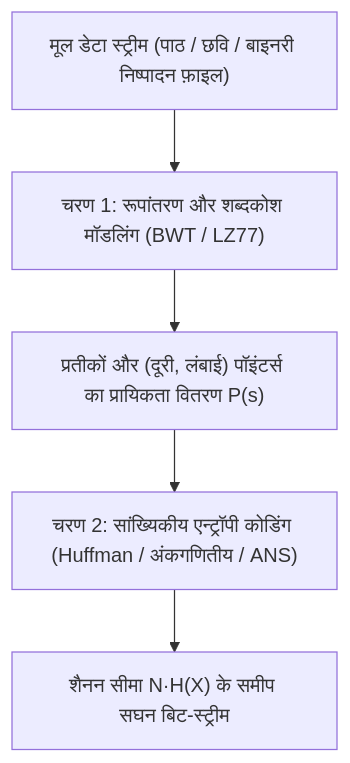
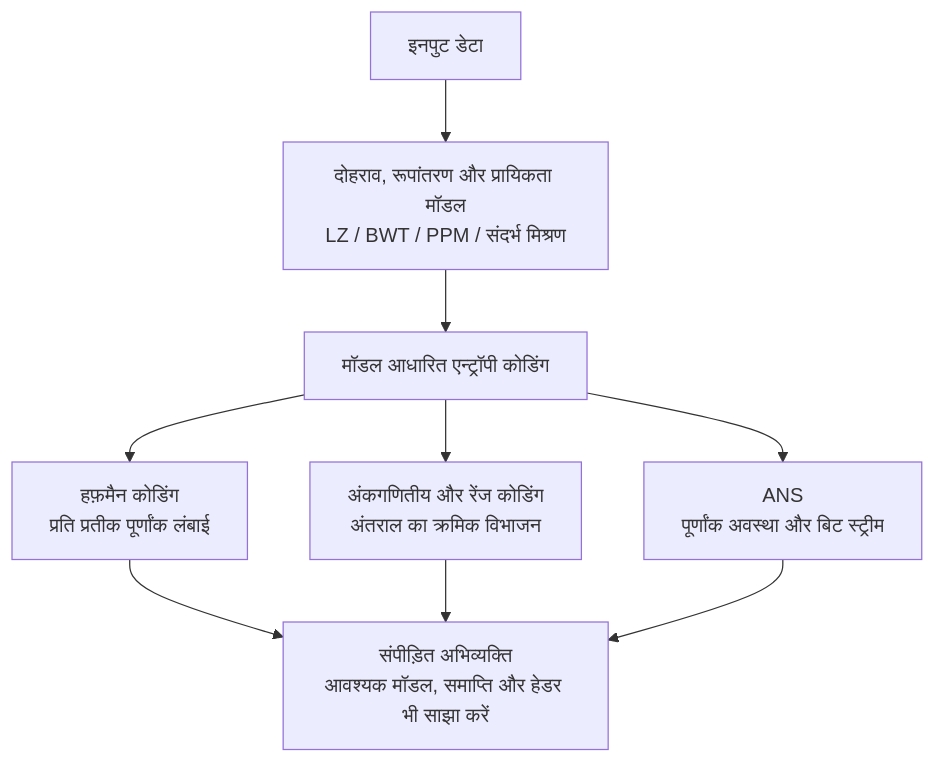
One commit to kenjinote/blog changed the first of 2 diagrams in content/post/lossless-data-compression-shannon-entropy-huffman-lz77-arithmetic-coding-ans/index.hi.md. Above: the diagram before and after it, drawn with Mermaid. The commit also changed other lines of this file and 8 other files, not shown here.

````diff
--- a/content/post/lossless-data-compression-shannon-entropy-huffman-lz77-arithmetic-coding-ans/index.hi.md
+++ b/content/post/lossless-data-compression-shannon-entropy-huffman-lz77-arithmetic-coding-ans/index.hi.md
@@ -53,7 +148,11 @@
 ```mermaid
 flowchart TD
-    A["मूल डेटा स्ट्रीम (पाठ / छवि / बाइनरी निष्पादन फ़ाइल)"] --> B["चरण 1: रूपांतरण और शब्दकोश मॉडलिंग (BWT / LZ77)"]
-    B --> C["प्रतीकों और (दूरी, लंबाई) पॉइंटर्स का प्रायिकता वितरण P(s)"]
-    C --> D["चरण 2: सांख्यिकीय एन्ट्रॉपी कोडिंग (Huffman / अंकगणितीय / ANS)"]
-    D --> E["शैनन सीमा N·H(X) के समीप सघन बिट-स्ट्रीम"]
+    Raw["इनपुट डेटा"] --> Model["दोहराव, रूपांतरण और प्रायिकता मॉडल<br/>LZ / BWT / PPM / संदर्भ मिश्रण"]
+    Model --> Entropy["मॉडल आधारित एन्ट्रॉपी कोडिंग"]
+    Entropy --> Huff["हफ़मैन कोडिंग<br/>प्रति प्रतीक पूर्णांक लंबाई"]
+    Entropy --> Arithmetic["अंकगणितीय और रेंज कोडिंग<br/>अंतराल का क्रमिक विभाजन"]
+    Entropy --> ANS["ANS<br/>पूर्णांक अवस्था और बिट स्ट्रीम"]
+    Huff --> Out["संपीड़ित अभिव्यक्ति<br/>आवश्यक मॉडल, समाप्ति और हेडर भी साझा करें"]
+    Arithmetic --> Out
+    ANS --> Out
 ```
````
